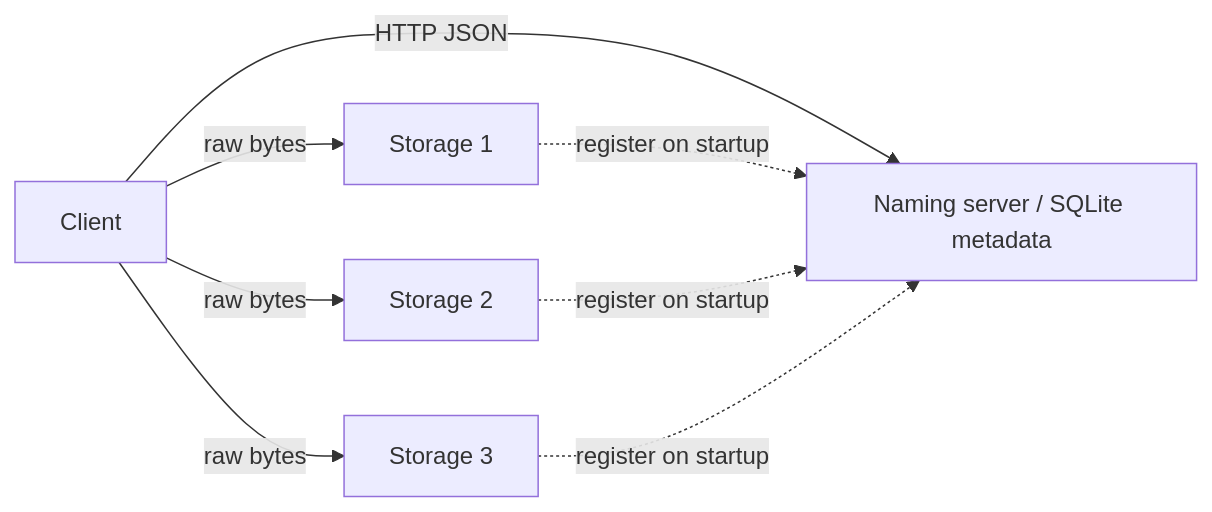
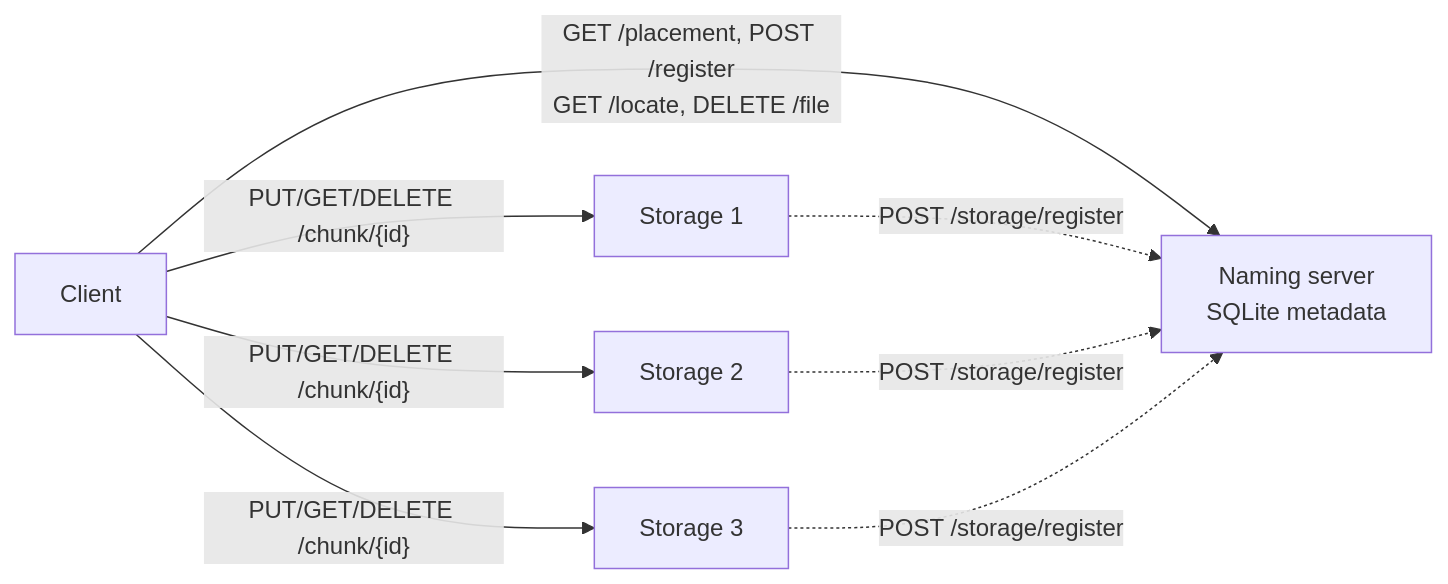
The first of 2 diagrams in docs/ARCHITECTURE.md (DanielUH2019/distributed-file-system), drawn with Mermaid before and after one commit. The commit also changed other lines of this file and 2 other files, not shown here.

Commit message:
M5: architecture and fault-tolerance docs (full stack)

````diff
--- a/docs/ARCHITECTURE.md
+++ b/docs/ARCHITECTURE.md
@@ -13,10 +7,10 @@
 ```mermaid
 flowchart LR
-    Client -->|HTTP JSON| Naming[Naming server / SQLite metadata]
-    Client -->|raw bytes| S1[Storage 1]
-    Client -->|raw bytes| S2[Storage 2]
-    Client -->|raw bytes| S3[Storage 3]
-    S1 -.register on startup.-> Naming
-    S2 -.register on startup.-> Naming
-    S3 -.register on startup.-> Naming
+    Client -->|"GET /placement, POST /register\nGET /locate, DELETE /file"| Naming[Naming server\nSQLite metadata]
+    Client -->|"PUT/GET/DELETE /chunk/{id}"| S1[Storage 1]
+    Client -->|"PUT/GET/DELETE /chunk/{id}"| S2[Storage 2]
+    Client -->|"PUT/GET/DELETE /chunk/{id}"| S3[Storage 3]
+    S1 -.POST /storage/register.-> Naming
+    S2 -.POST /storage/register.-> Naming
+    S3 -.POST /storage/register.-> Naming
 ```
````
